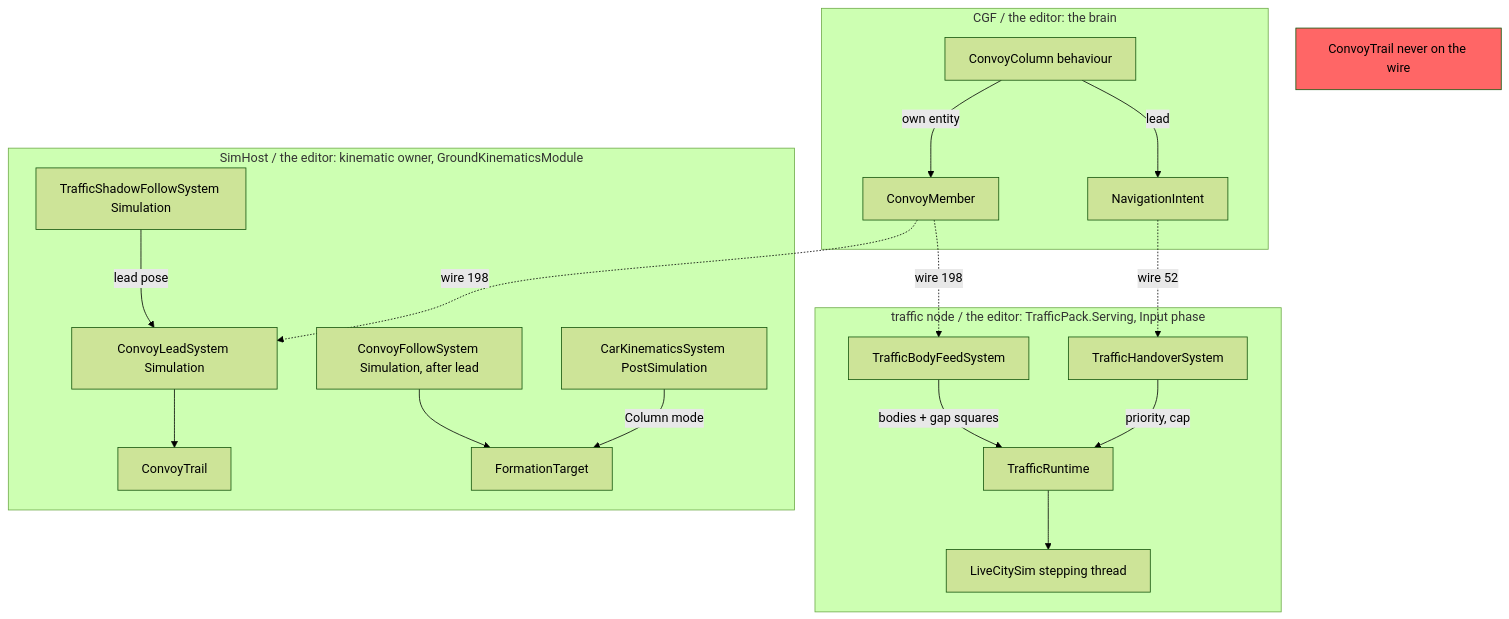
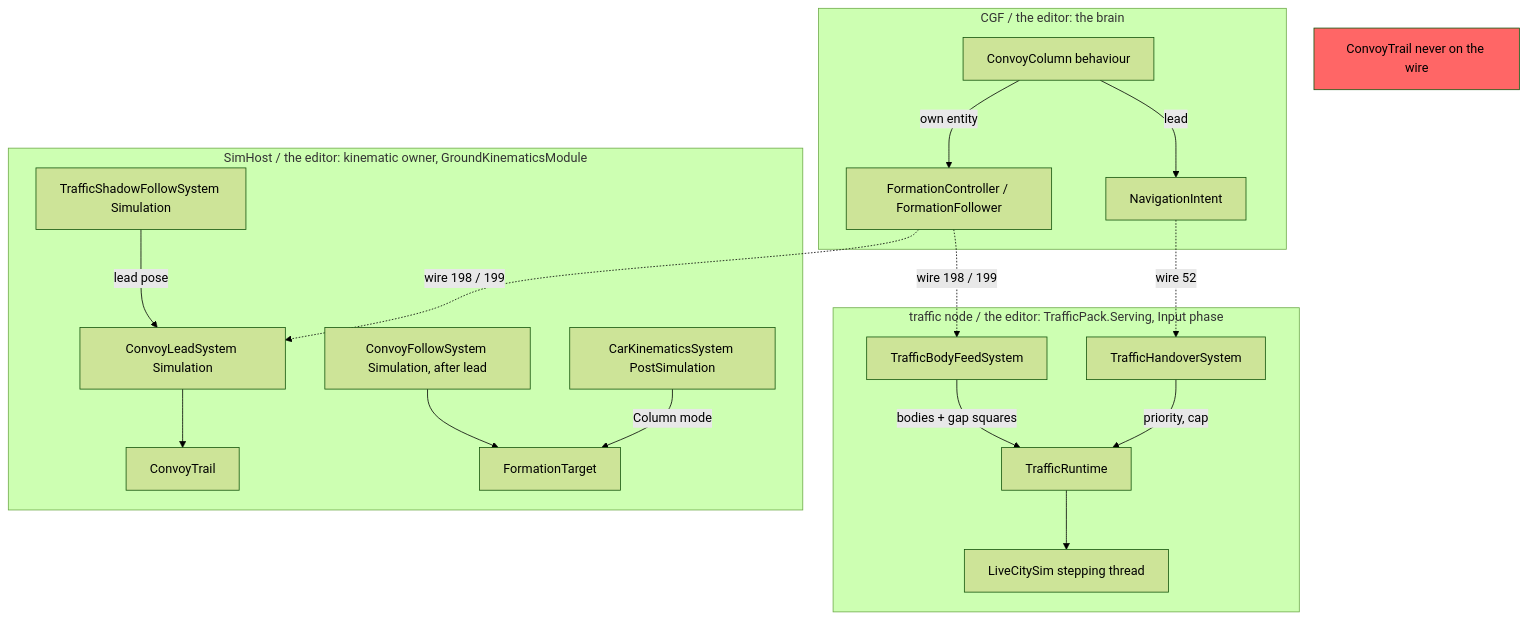
Before and after one commit to pjanec/HROT: the fourth of 4 diagrams in docs/designs/vehicle-tactics/DESIGN_Road_Convoy.md, drawn with Mermaid (forest theme). The commit also changed other lines of this file and 19 other files, not shown here.

````diff
--- a/docs/designs/vehicle-tactics/DESIGN_Road_Convoy.md
+++ b/docs/designs/vehicle-tactics/DESIGN_Road_Convoy.md
@@ -179,23 +186,23 @@
 ```mermaid
 graph TD
   subgraph Brain["CGF / the editor: the brain"]
-    OC[ConvoyColumn behaviour] -->|own entity| CM[ConvoyMember]
+    OC[ConvoyColumn behaviour] -->|own entity| CM[FormationController / FormationFollower]
     OC -->|lead| NI[NavigationIntent]
   end
   subgraph Kin["SimHost / the editor: kinematic owner, GroundKinematicsModule"]
     LS[ConvoyLeadSystem Simulation] --> CT[ConvoyTrail]
     FS[ConvoyFollowSystem Simulation, after lead] --> FT[FormationTarget]
     CK[CarKinematicsSystem PostSimulation] -->|Column mode| FT
     TSF[TrafficShadowFollowSystem Simulation] -->|lead pose| LS
   end
   subgraph Serving["traffic node / the editor: TrafficPack.Serving, Input phase"]
     THS[TrafficHandoverSystem] -->|priority, cap| RT[TrafficRuntime]
     TBF[TrafficBodyFeedSystem] -->|bodies + gap squares| RT
     RT --> SUMO[LiveCitySim stepping thread]
   end
-  CM -.->|wire 198| LS
-  CM -.->|wire 198| TBF
+  CM -.->|wire 198 / 199| LS
+  CM -.->|wire 198 / 199| TBF
   NI -.->|wire 52| THS
   NOTRAIL[ConvoyTrail never on the wire]
   style NOTRAIL fill:#f66,color:#000
 ```
````
